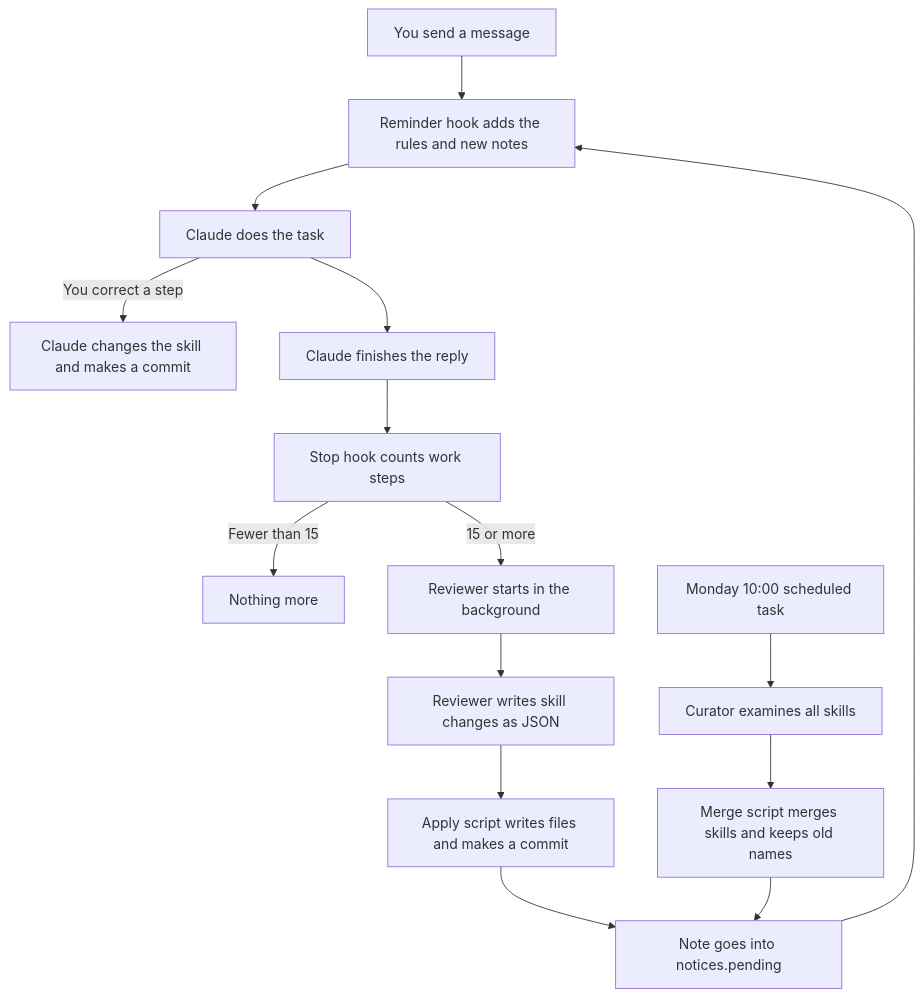
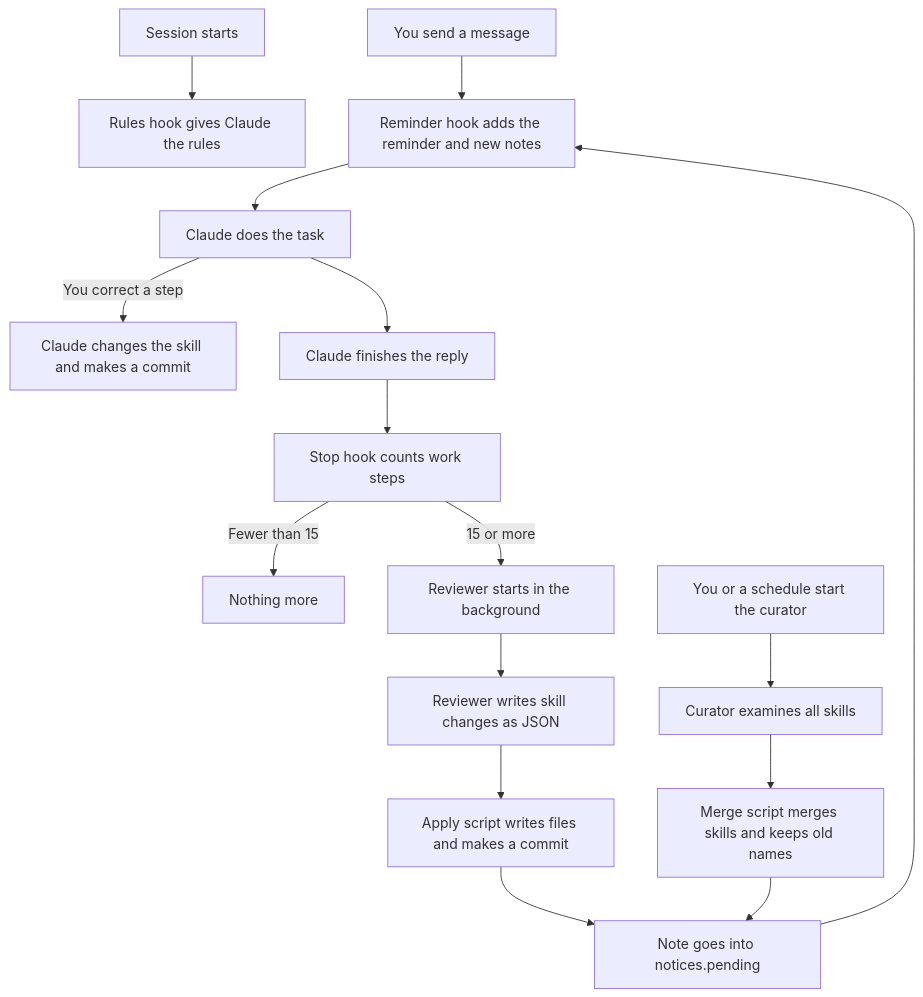
Before and after one commit to oiegorov-embrace/claude-self-learning-skills: the diagram in README.md, drawn with Mermaid. The commit also changed other lines of this file and 26 other files, not shown here.

First line of the commit message:
Convert to a Claude Code plugin marketplace (self-learning-skills)

````diff
--- a/README.md
+++ b/README.md
@@ -262,17 +187,18 @@
 ```mermaid
 flowchart TD
-  U[You send a message] --> R[Reminder hook adds the rules and new notes]
+  S[Session starts] --> RH[Rules hook gives Claude the rules]
+  U[You send a message] --> R[Reminder hook adds the reminder and new notes]
   R --> C[Claude does the task]
   C -->|You correct a step| S1[Claude changes the skill and makes a commit]
   C --> F[Claude finishes the reply]
   F --> SH[Stop hook counts work steps]
   SH -->|Fewer than 15| E[Nothing more]
   SH -->|15 or more| BG[Reviewer starts in the background]
   BG --> J[Reviewer writes skill changes as JSON]
   J --> A[Apply script writes files and makes a commit]
   A --> N[Note goes into notices.pending]
   N --> R
-  W[Monday 10:00 scheduled task] --> CU[Curator examines all skills]
+  W[You or a schedule start the curator] --> CU[Curator examines all skills]
   CU --> M[Merge script merges skills and keeps old names]
   M --> N
 ```
````
